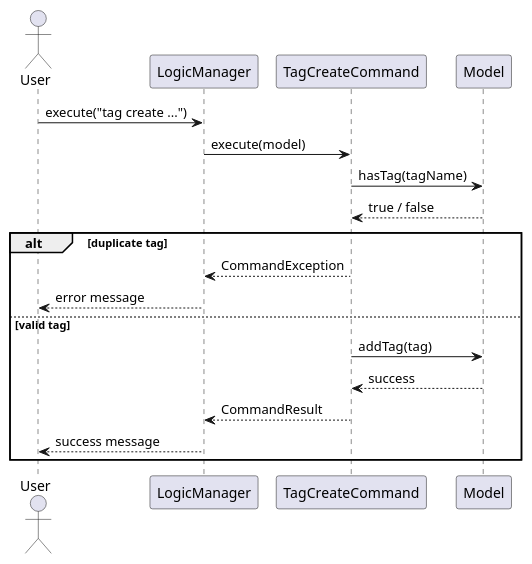
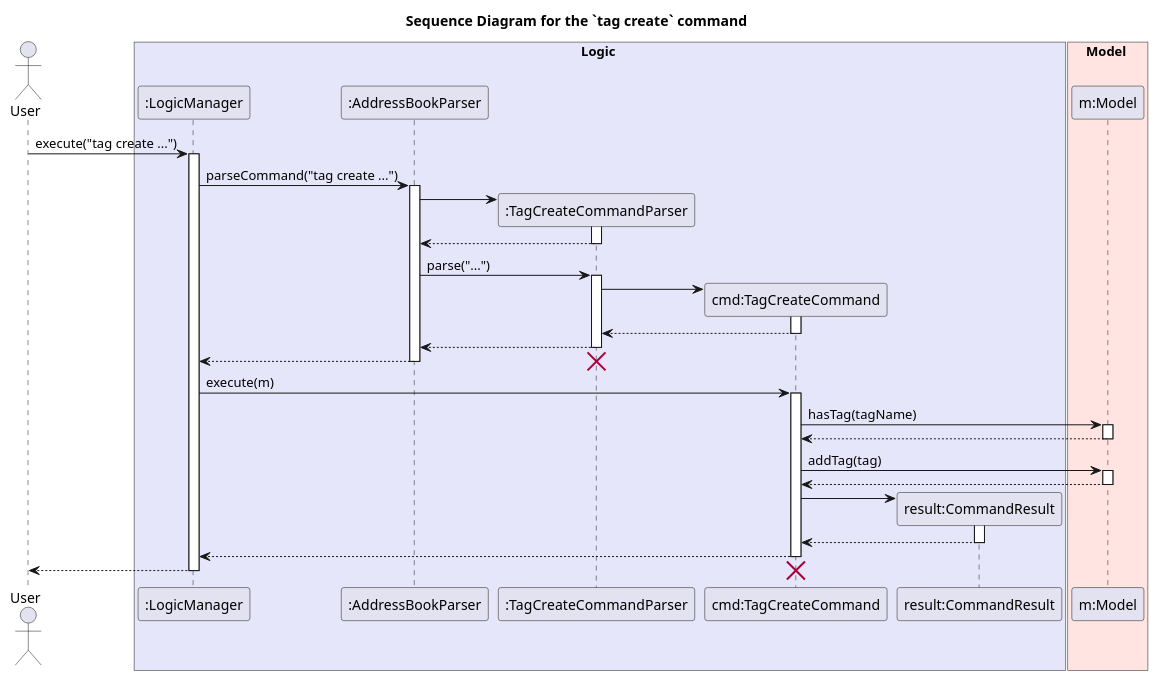
Before and after one commit to AY2526S2-CS2103-T11-1/tp: the diagram in docs/diagrams/tag/TagCreateSequenceDiagram.puml, drawn with PlantUML. The commit also changed 4 other files, not shown here.

Commit message:
Update sequence diagrams for standardizing

```diff
--- a/docs/diagrams/tag/TagCreateSequenceDiagram.puml
+++ b/docs/diagrams/tag/TagCreateSequenceDiagram.puml
@@ -1,24 +1,74 @@
 @startuml
+title Sequence Diagram for the `tag create` command
 
 actor User
-participant "LogicManager" as Logic
-participant "TagCreateCommand" as Command
-participant "Model" as Model
+
+box Logic #E6E6FA
+participant ":LogicManager" as Logic
+participant ":AddressBookParser" as ABParser
+participant ":TagCreateCommandParser" as Parser
+participant "cmd:TagCreateCommand" as Command
+participant "result:CommandResult" as Result
+end box
+
+box Model #FFE4E1
+participant "m:Model" as Model
+end box
 
 User -> Logic : execute("tag create ...")
-Logic -> Command : execute(model)
+activate Logic
+
+Logic -> ABParser : parseCommand("tag create ...")
+activate ABParser
+
+create Parser
+ABParser -> Parser
+activate Parser
+
+ABParser <-- Parser
+deactivate Parser
+
+ABParser -> Parser : parse("...")
+activate Parser
+
+create Command
+Parser -> Command
+activate Command
+
+Parser <-- Command
+deactivate Command
+
+ABParser <-- Parser
+deactivate Parser
+
+Logic <-- ABParser
+destroy Parser
+deactivate ABParser
+
+Logic -> Command : execute(m)
+activate Command
 
 Command -> Model : hasTag(tagName)
-Model --> Command : true / false
+activate Model
+Model --> Command
+deactivate Model
 
-alt duplicate tag
-    Command --> Logic : CommandException
-    Logic --> User : error message
-else valid tag
-    Command -> Model : addTag(tag)
-    Model --> Command : success
-    Command --> Logic : CommandResult
-    Logic --> User : success message
-end
+Command -> Model : addTag(tag)
+activate Model
+Model --> Command
+deactivate Model
+
+create Result
+Command -> Result
+activate Result
+Result --> Command
+deactivate Result
+
+Logic <-- Command
+deactivate Command
+
+User <-- Logic
+destroy Command
+deactivate Logic
 
 @enduml
```
